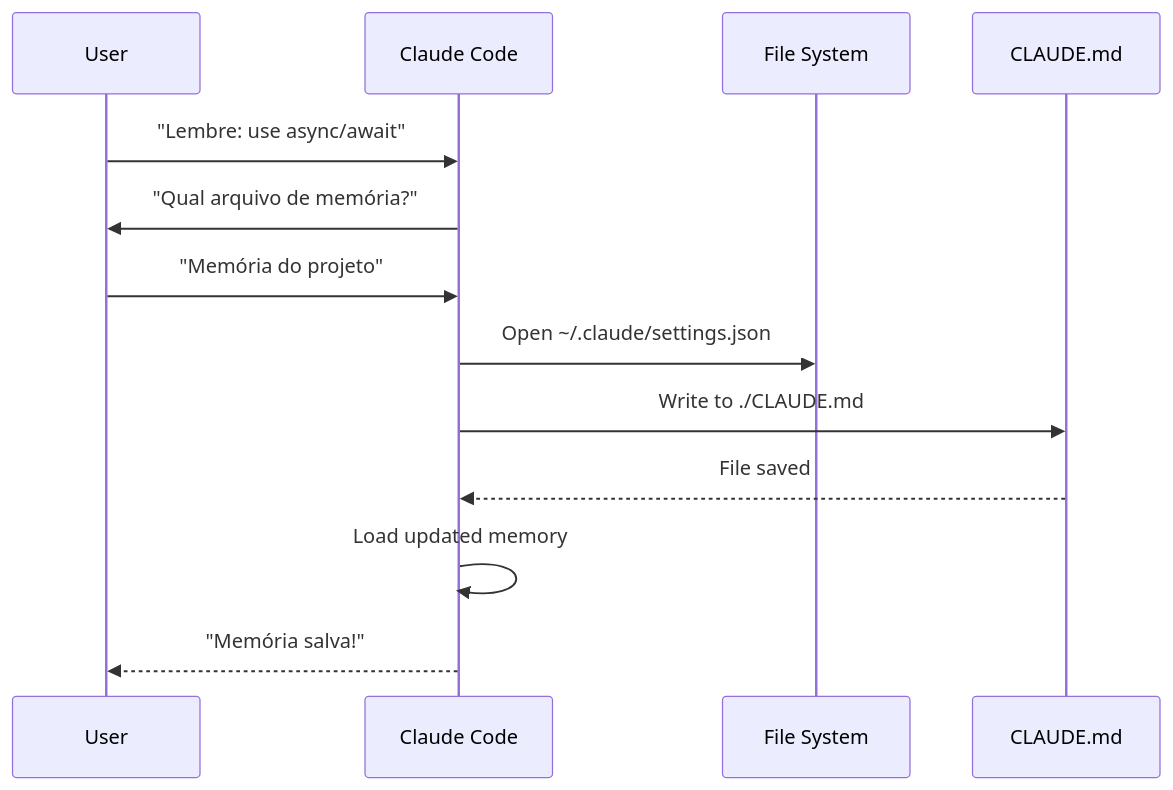
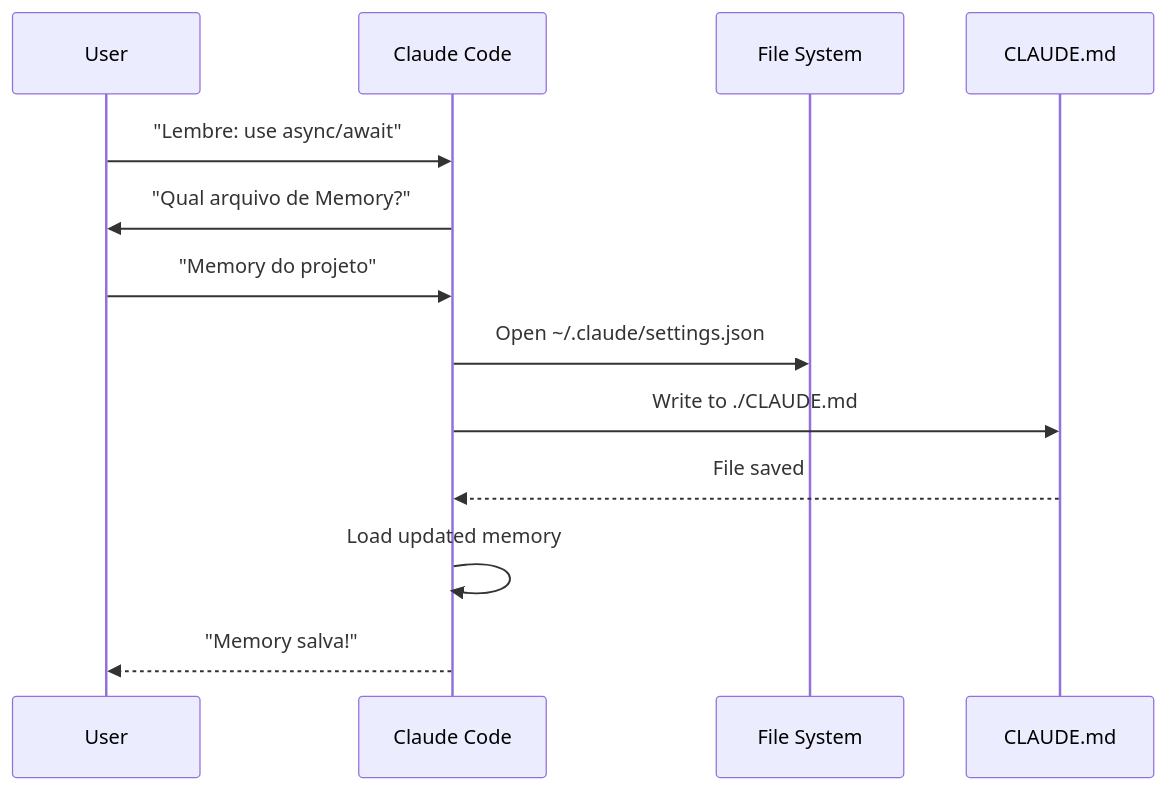
The third of 5 diagrams in pt-BR/02-memory/README.md (Diegobecker07/claude-howto), drawn with Mermaid before and after one commit. The commit also changed other lines of this file and 26 other files, not shown here.

````diff
--- a/pt-BR/02-memory/README.md
+++ b/pt-BR/02-memory/README.md
@@ -392,16 +392,16 @@
 ```mermaid
 sequenceDiagram
     participant User
     participant Claude as Claude Code
     participant Editor as File System
     participant Memory as CLAUDE.md
 
     User->>Claude: "Lembre: use async/await"
-    Claude->>User: "Qual arquivo de memória?"
-    User->>Claude: "Memória do projeto"
+    Claude->>User: "Qual arquivo de Memory?"
+    User->>Claude: "Memory do projeto"
     Claude->>Editor: Open ~/.claude/settings.json
     Claude->>Memory: Write to ./CLAUDE.md
     Memory-->>Claude: File saved
     Claude->>Claude: Load updated memory
-    Claude-->>User: "Memória salva!"
+    Claude-->>User: "Memory salva!"
 ```
````
